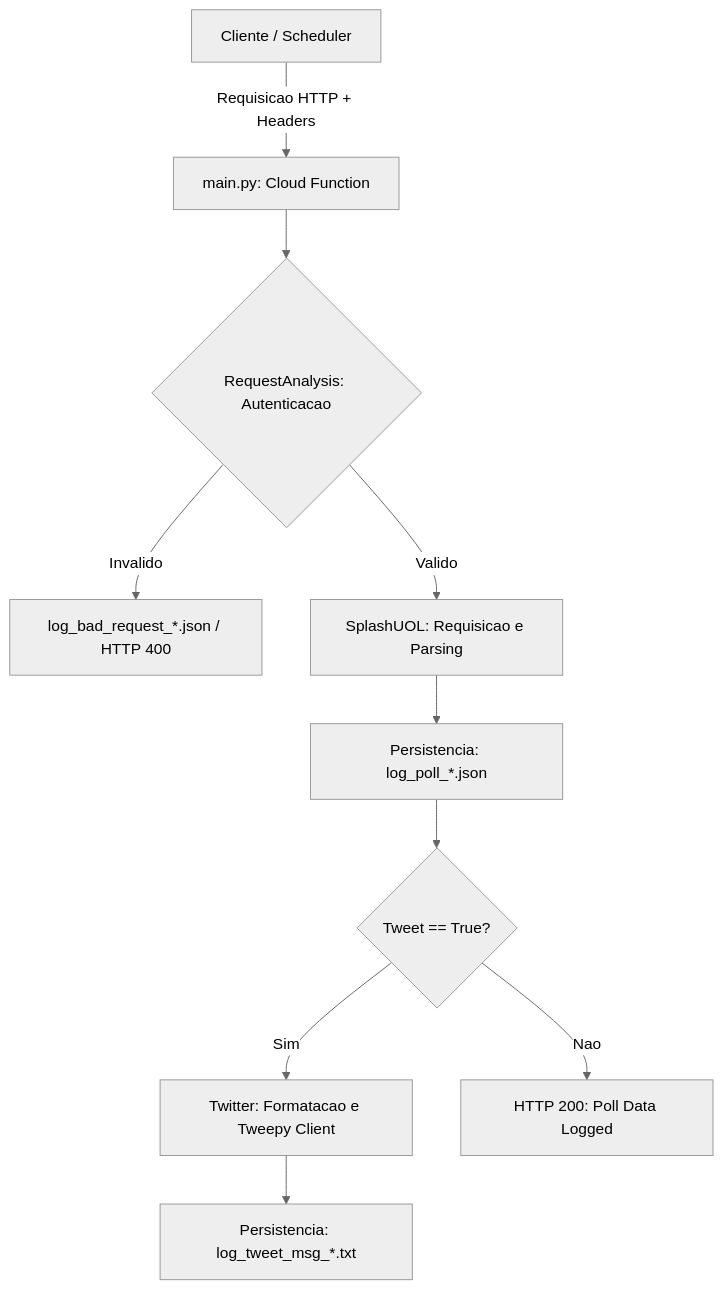
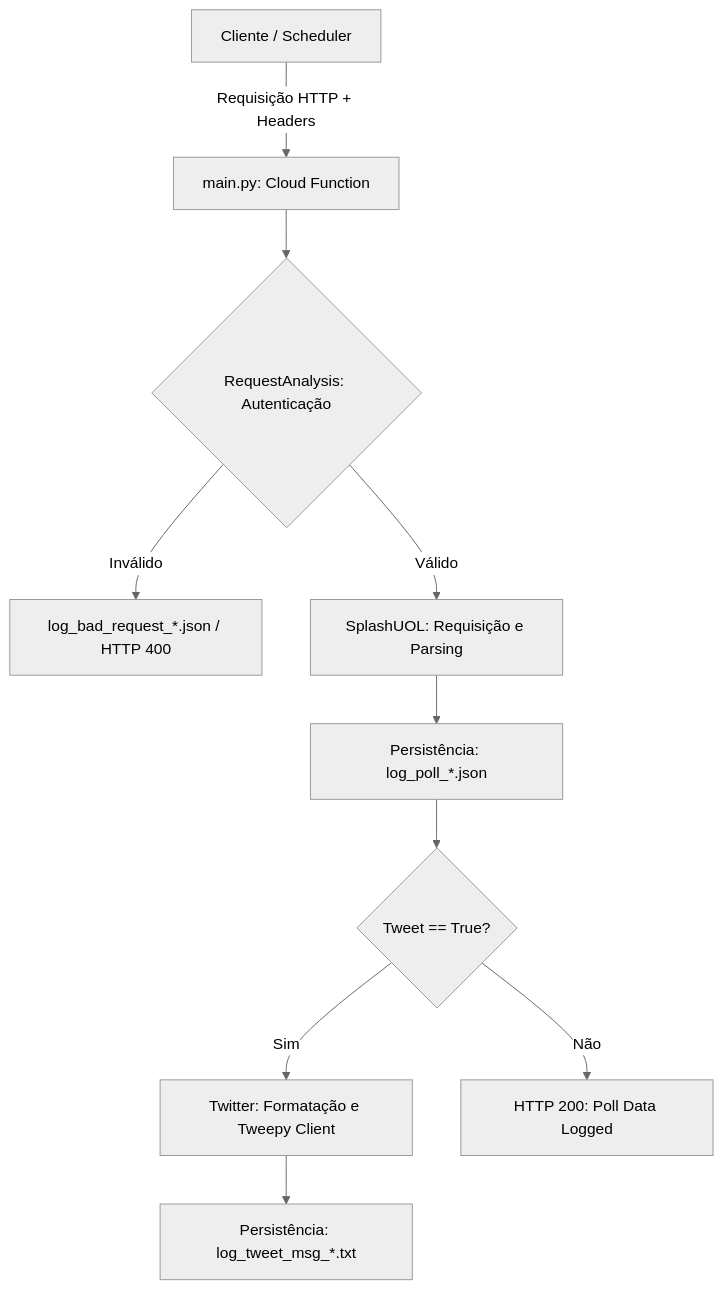
The diagram in README.md (marcelnishihara/bbb-polls), drawn with Mermaid (neutral theme) before and after one commit. The commit also changed other lines of this file, not shown here.

````diff
--- a/README.md
+++ b/README.md
@@ -47,12 +47,12 @@
 ```mermaid
 flowchart TD
-    A[Cliente / Scheduler] -->|Requisicao HTTP + Headers| B[main.py: Cloud Function]
-    B --> C{RequestAnalysis: Autenticacao}
-    C -->|Invalido| D[log_bad_request_*.json / HTTP 400]
-    C -->|Valido| E[SplashUOL: Requisicao e Parsing]
-    E --> F[Persistencia: log_poll_*.json]
+    A[Cliente / Scheduler] -->|Requisição HTTP + Headers| B[main.py: Cloud Function]
+    B --> C{RequestAnalysis: Autenticação}
+    C -->|Inválido| D[log_bad_request_*.json / HTTP 400]
+    C -->|Válido| E[SplashUOL: Requisição e Parsing]
+    E --> F[Persistência: log_poll_*.json]
     F --> G{Tweet == True?}
-    G -->|Sim| H[Twitter: Formatacao e Tweepy Client]
-    H --> I[Persistencia: log_tweet_msg_*.txt]
-    G -->|Nao| J[HTTP 200: Poll Data Logged]
+    G -->|Sim| H[Twitter: Formatação e Tweepy Client]
+    H --> I[Persistência: log_tweet_msg_*.txt]
+    G -->|Não| J[HTTP 200: Poll Data Logged]
 ```
````
